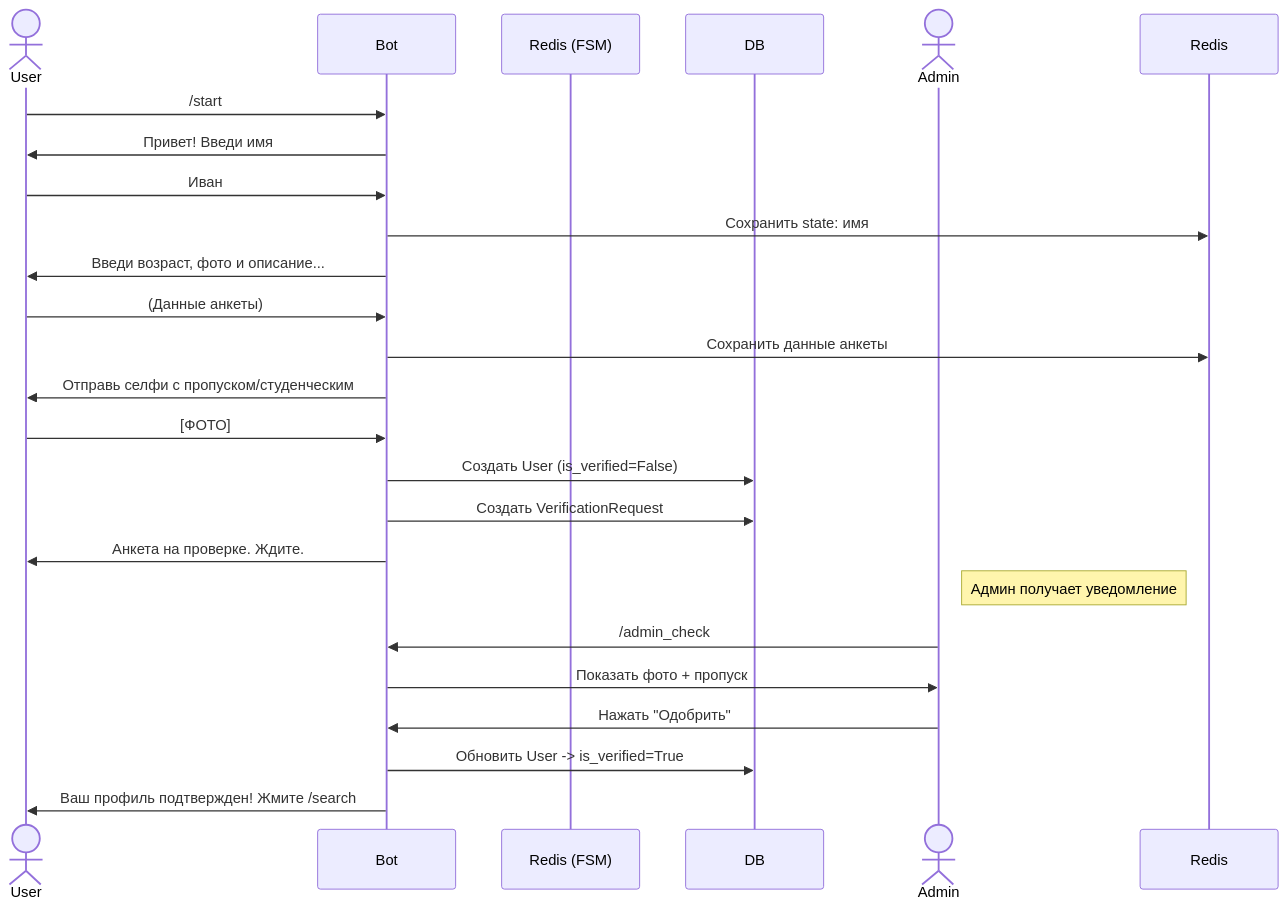
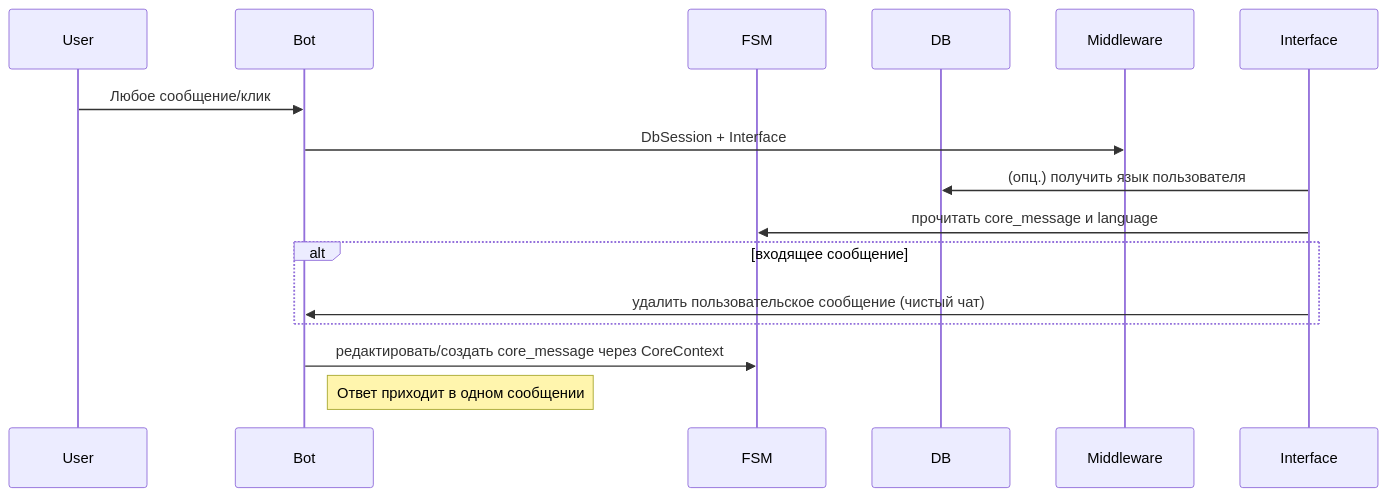
One commit to fpetrov/DateMate changed the second of 4 diagrams in Python_Project.md. Above: the diagram before and after it, drawn with Mermaid. The commit also changed other lines of this file, not shown here.

Commit message:
Update documentation for current bot flow

````diff
--- a/Python_Project.md
+++ b/Python_Project.md
@@ -113,28 +146,17 @@
 ```mermaid
 sequenceDiagram
-    actor User
+    participant User
     participant Bot
-    participant Redis (FSM)
+    participant FSM
     participant DB
-    actor Admin
 
-    User->>Bot: /start
-    Bot->>User: Привет! Введи имя
-    User->>Bot: Иван
-    Bot->>Redis: Сохранить state: имя
-    Bot->>User: Введи возраст, фото и описание...
-    User->>Bot: (Данные анкеты)
-    Bot->>Redis: Сохранить данные анкеты
-    Bot->>User: Отправь селфи с пропуском/студенческим
-    User->>Bot: [ФОТО]
-    Bot->>DB: Создать User (is_verified=False)
-    Bot->>DB: Создать VerificationRequest
-    Bot->>User: Анкета на проверке. Ждите.
-    
-    Note right of Admin: Админ получает уведомление
-    Admin->>Bot: /admin_check
-    Bot->>Admin: Показать фото + пропуск
-    Admin->>Bot: Нажать "Одобрить"
-    Bot->>DB: Обновить User -> is_verified=True
-    Bot->>User: Ваш профиль подтвержден! Жмите /search
+    User->>Bot: Любое сообщение/клик
+    Bot->>Middleware: DbSession + Interface
+    Interface->>DB: (опц.) получить язык пользователя
+    Interface->>FSM: прочитать core_message и language
+    alt входящее сообщение
+        Interface->>Bot: удалить пользовательское сообщение (чистый чат)
+    end
+    Bot->>FSM: редактировать/создать core_message через CoreContext
+    Note right of Bot: Ответ приходит в одном сообщении
 ```
````
